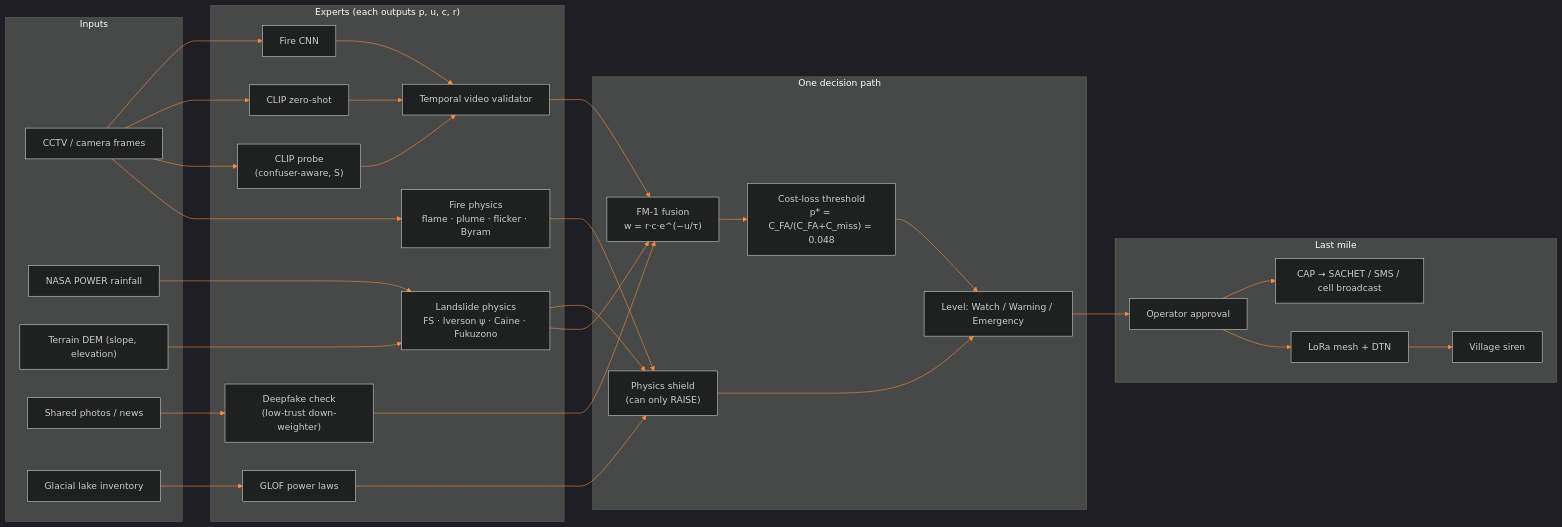
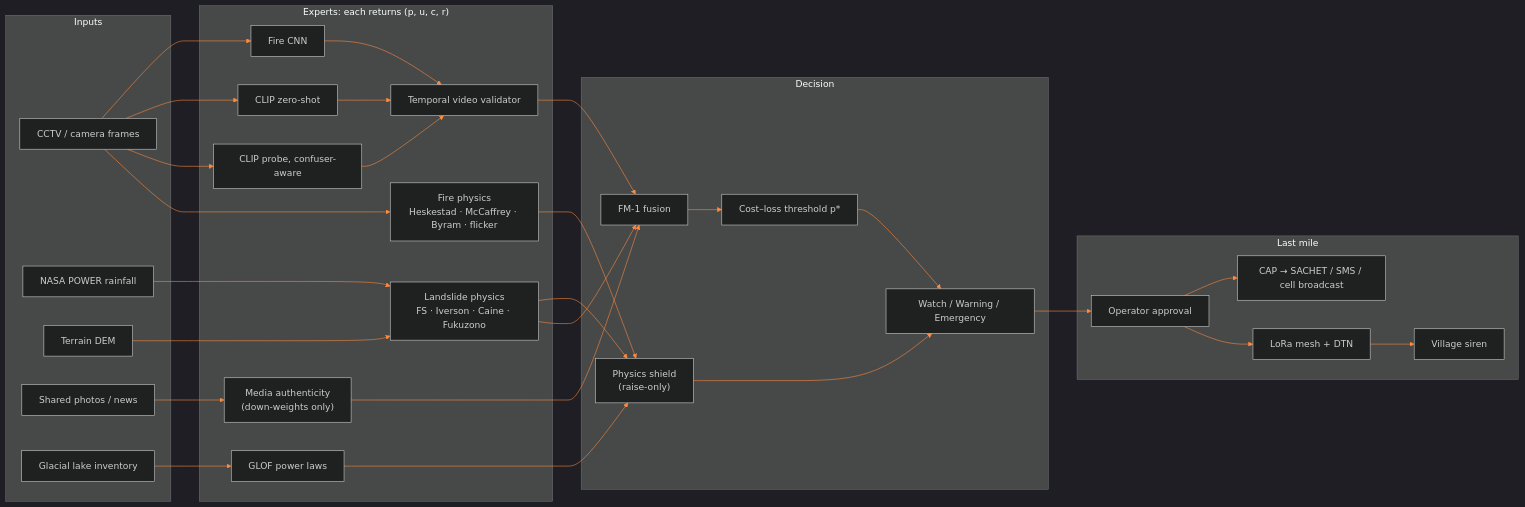
One commit to saksham1253/TRINETRA-Advanced-Physics-RL-Meta-Fusion-Offline-Alert-Deepfake-Detection changed the first of 3 diagrams in README.md. Above: the diagram before and after it, drawn with Mermaid. The commit also changed other lines of this file, not shown here.

First line of the commit message:
docs: Upgrade comprehensive README with 18-chapter structure and high-res figure analysis

````diff
--- a/README.md
+++ b/README.md
@@ -36,44 +112,44 @@
 ```mermaid
 %%{init: {'theme':'dark','themeVariables':{'background':'#0d0a09','primaryColor':'#211916','primaryTextColor':'#f7efe8','primaryBorderColor':'#ff6a1a','lineColor':'#ff8a3d','secondaryColor':'#17110f','tertiaryColor':'#17110f','fontFamily':'Inter, sans-serif'}}}%%
 flowchart LR
   subgraph IN["Inputs"]
     CAM["CCTV / camera frames"]
     RAIN["NASA POWER rainfall"]
-    DEM["Terrain DEM (slope, elevation)"]
+    DEM["Terrain DEM"]
     MEDIA["Shared photos / news"]
     LAKE["Glacial lake inventory"]
   end
-  subgraph EXP["Experts (each outputs p, u, c, r)"]
+  subgraph EXP["Experts: each returns (p, u, c, r)"]
     CNN["Fire CNN"]
     ZS["CLIP zero-shot"]
-    CP["CLIP probe<br/>(confuser-aware, S)"]
+    CP["CLIP probe, confuser-aware"]
     VAL["Temporal video validator"]
-    FP["Fire physics<br/>flame · plume · flicker · Byram"]
-    GP["Landslide physics<br/>FS · Iverson ψ · Caine · Fukuzono"]
-    DF["Deepfake check<br/>(low-trust down-weighter)"]
+    FP["Fire physics<br/>Heskestad · McCaffrey · Byram · flicker"]
+    GP["Landslide physics<br/>FS · Iverson · Caine · Fukuzono"]
+    DF["Media authenticity<br/>(down-weights only)"]
     GL["GLOF power laws"]
   end
-  subgraph DEC["One decision path"]
-    FUSE["FM-1 fusion<br/>w = r·c·e^(−u/τ)"]
-    SH["Physics shield<br/>(can only RAISE)"]
-    PS["Cost-loss threshold<br/>p* = C_FA/(C_FA+C_miss) = 0.048"]
-    LVL["Level: Watch / Warning / Emergency"]
+  subgraph DEC["Decision"]
+    FUSE["FM-1 fusion"]
+    SH["Physics shield<br/>(raise-only)"]
+    PS["Cost–loss threshold p*"]
+    LVL["Watch / Warning / Emergency"]
   end
   subgraph OUT["Last mile"]
     OP["Operator approval"]
     CAP["CAP → SACHET / SMS / cell broadcast"]
     LORA["LoRa mesh + DTN"]
     SIR["Village siren"]
   end
   CAM --> CNN & ZS & CP --> VAL --> FUSE
   CAM --> FP --> SH
   RAIN --> GP
   DEM --> GP --> SH
   GP --> FUSE
   MEDIA --> DF --> FUSE
   LAKE --> GL --> SH
   FUSE --> PS --> LVL
   SH --> LVL
   LVL --> OP --> CAP
   OP --> LORA --> SIR
 ```
````
